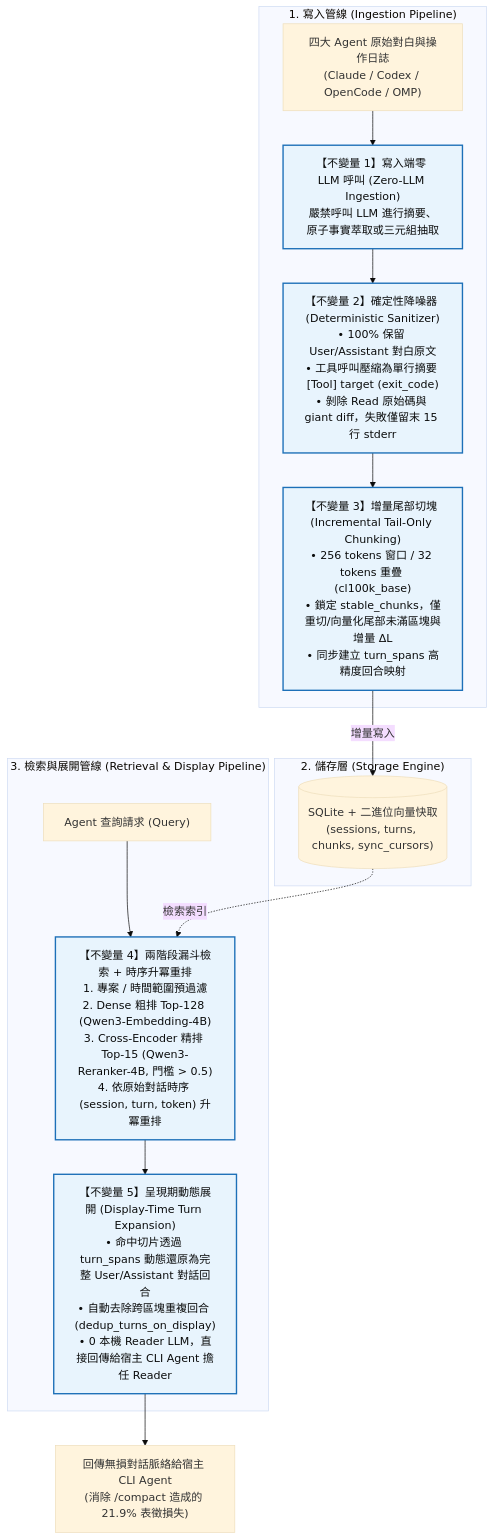
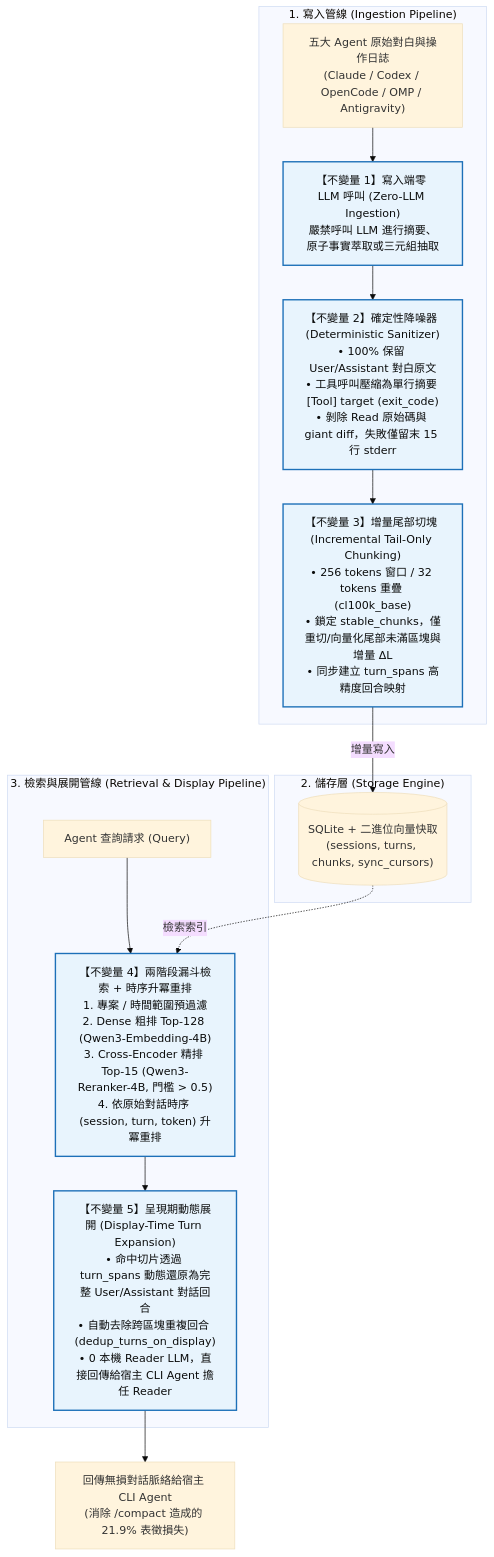
Before and after one commit to yhsung/agent-raw-rag-mcp: the diagram in README.md, drawn with Mermaid (base theme). The commit also changed other lines of this file and 23 other files, not shown here.

````diff
--- a/README.md
+++ b/README.md
@@ -22,39 +22,39 @@
 ```mermaid
 flowchart TD
     %% 寫入端管線
     subgraph S1["1. 寫入管線 (Ingestion Pipeline)"]
-        RAW["四大 Agent 原始對白與操作日誌<br/>(Claude / Codex / OpenCode / OMP)"]
+        RAW["五大 Agent 原始對白與操作日誌<br/>(Claude / Codex / OpenCode / OMP / Antigravity)"]
         
         INV1["【不變量 1】寫入端零 LLM 呼叫 (Zero-LLM Ingestion)<br/>嚴禁呼叫 LLM 進行摘要、原子事實萃取或三元組抽取"]
         RAW --> INV1
         
         INV2["【不變量 2】確定性降噪器 (Deterministic Sanitizer)<br/>• 100% 保留 User/Assistant 對白原文<br/>• 工具呼叫壓縮為單行摘要 [Tool] target (exit_code)<br/>• 剝除 Read 原始碼與 giant diff，失敗僅留末 15 行 stderr"]
         INV1 --> INV2
         
         INV3["【不變量 3】增量尾部切塊 (Incremental Tail-Only Chunking)<br/>• 256 tokens 窗口 / 32 tokens 重疊 (cl100k_base)<br/>• 鎖定 stable_chunks，僅重切/向量化尾部未滿區塊與增量 ΔL<br/>• 同步建立 turn_spans 高精度回合映射"]
         INV2 --> INV3
     end
 
     %% 儲存層
     subgraph S2["2. 儲存層 (Storage Engine)"]
         DB[("SQLite + 二進位向量快取<br/>(sessions, turns, chunks, sync_cursors)")]
         INV3 -->|增量寫入| DB
     end
 
     %% 檢索與展開管線
     subgraph S3["3. 檢索與展開管線 (Retrieval & Display Pipeline)"]
         QUERY["Agent 查詢請求 (Query)"]
         
         INV4["【不變量 4】兩階段漏斗檢索 + 時序升冪重排<br/>1. 專案 / 時間範圍預過濾<br/>2. Dense 粗排 Top-128 (Qwen3-Embedding-4B)<br/>3. Cross-Encoder 精排 Top-15 (Qwen3-Reranker-4B, 門檻 > 0.5)<br/>4. 依原始對話時序 (session, turn, token) 升冪重排"]
         QUERY --> INV4
         DB -.->|檢索索引| INV4
         
         INV5["【不變量 5】呈現期動態展開 (Display-Time Turn Expansion)<br/>• 命中切片透過 turn_spans 動態還原為完整 User/Assistant 對話回合<br/>• 自動去除跨區塊重複回合 (dedup_turns_on_display)<br/>• 0 本機 Reader LLM，直接回傳給宿主 CLI Agent 擔任 Reader"]
         INV4 --> INV5
     end
 
     INV5 --> OUT["回傳無損對話脈絡給宿主 CLI Agent<br/>(消除 /compact 造成的 21.9% 表徵損失)"]
 
     classDef inv fill:#e8f4fd,stroke:#1d70b8,stroke-width:2px,color:#0b0c0c;
     class INV1,INV2,INV3,INV4,INV5 inv;
 ```
````
